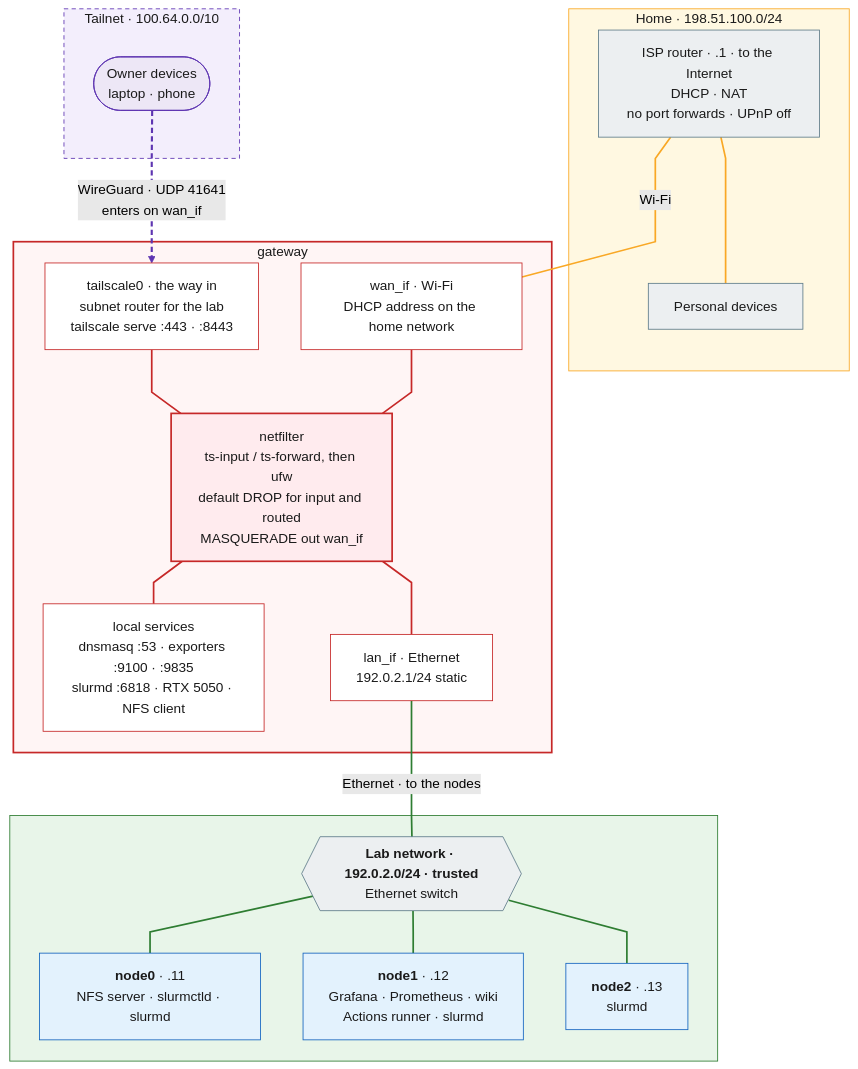
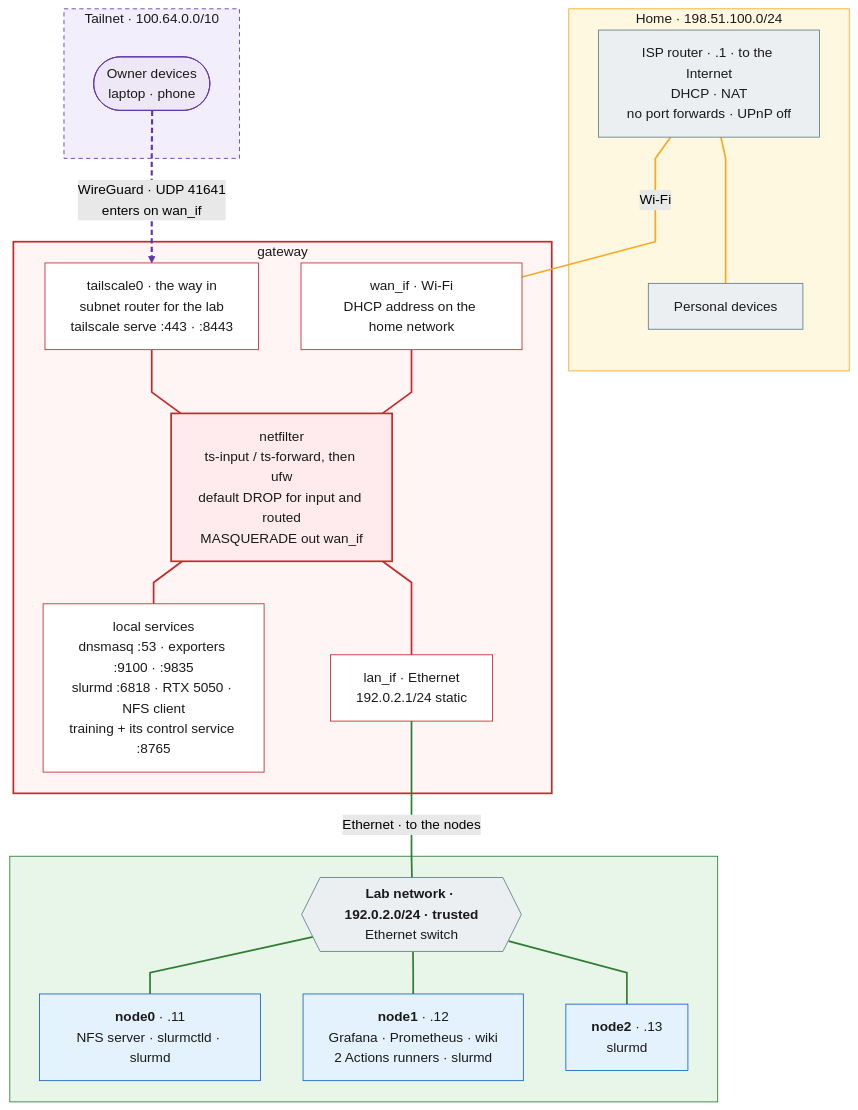
The first of 4 diagrams in docs/architecture.md (RyanMoore-phys/homelab-infra), drawn with Mermaid (forest theme) before and after one commit. The commit also changed other lines of this file and 17 other files, not shown here.

````diff
--- a/docs/architecture.md
+++ b/docs/architecture.md
@@ -27,55 +27,55 @@
 ```mermaid
 flowchart TB
     subgraph HOME["Home · 198.51.100.0/24"]
         isp["ISP router · .1 · to the Internet<br/>DHCP · NAT<br/>no port forwards · UPnP off"]
         personal["Personal devices"]
     end
     subgraph TAILNET["Tailnet · 100.64.0.0/10"]
         owner(["Owner devices<br/>laptop · phone"])
     end
     subgraph GW["gateway"]
         wan["wan_if · Wi-Fi<br/>DHCP address on the home network"]
         tsif["tailscale0 · the way in<br/>subnet router for the lab<br/>tailscale serve :443 · :8443"]
         nf["netfilter<br/>ts-input / ts-forward, then ufw<br/>default DROP for input and routed<br/>MASQUERADE out wan_if"]
-        svc["local services<br/>dnsmasq :53 · exporters :9100 · :9835<br/>slurmd :6818 · RTX 5050 · NFS client"]
+        svc["local services<br/>dnsmasq :53 · exporters :9100 · :9835<br/>slurmd :6818 · RTX 5050 · NFS client<br/>training + its control service :8765"]
         lan["lan_if · Ethernet<br/>192.0.2.1/24 static"]
     end
     subgraph LAB[" "]
         sw{{"<b>Lab network · 192.0.2.0/24 · trusted</b><br/>Ethernet switch"}}
         n0["<b>node0</b> · .11<br/>NFS server · slurmctld · slurmd"]
-        n1["<b>node1</b> · .12<br/>Grafana · Prometheus · wiki<br/>Actions runner · slurmd"]
+        n1["<b>node1</b> · .12<br/>Grafana · Prometheus · wiki<br/>2 Actions runners · slurmd"]
         n2["<b>node2</b> · .13<br/>slurmd"]
     end
 
     isp --- personal
     isp ---|"Wi-Fi"| wan
     owner -.->|"WireGuard · UDP 41641<br/>enters on wan_if"| tsif
     wan --- nf
     tsif --- nf
     nf --- svc
     nf --- lan
     lan ---|"Ethernet · to the nodes"| sw
     sw --- n0
     sw --- n1
     sw --- n2
 
     classDef boundary fill:#ffebee,stroke:#c62828,stroke-width:2px,color:#1a1a1a
     classDef iface fill:#ffffff,stroke:#c62828,color:#1a1a1a
     classDef host fill:#e3f2fd,stroke:#1565c0,color:#1a1a1a
     classDef infra fill:#eceff1,stroke:#607d8b,color:#1a1a1a
     classDef actor fill:#ede7f6,stroke:#5e35b1,color:#1a1a1a
     class nf boundary
     class wan,lan,tsif,svc iface
     class n0,n1,n2 host
     class isp,personal,sw infra
     class owner actor
     style GW fill:#fff5f5,stroke:#c62828,stroke-width:2px,color:#1a1a1a
     style LAB fill:#e8f5e9,stroke:#2e7d32,color:#1a1a1a
     style HOME fill:#fff8e1,stroke:#f9a825,color:#1a1a1a
     style TAILNET fill:#f3eefc,stroke:#5e35b1,stroke-dasharray:5 4,color:#1a1a1a
     linkStyle default interpolate linear
     linkStyle 0,1 stroke:#f9a825,stroke-width:2px
     linkStyle 2 stroke:#5e35b1,stroke-width:2.5px,stroke-dasharray:6 4
     linkStyle 3,4,5,6 stroke:#c62828,stroke-width:2px
     linkStyle 7,8,9,10 stroke:#2e7d32,stroke-width:2px
 ```
````
